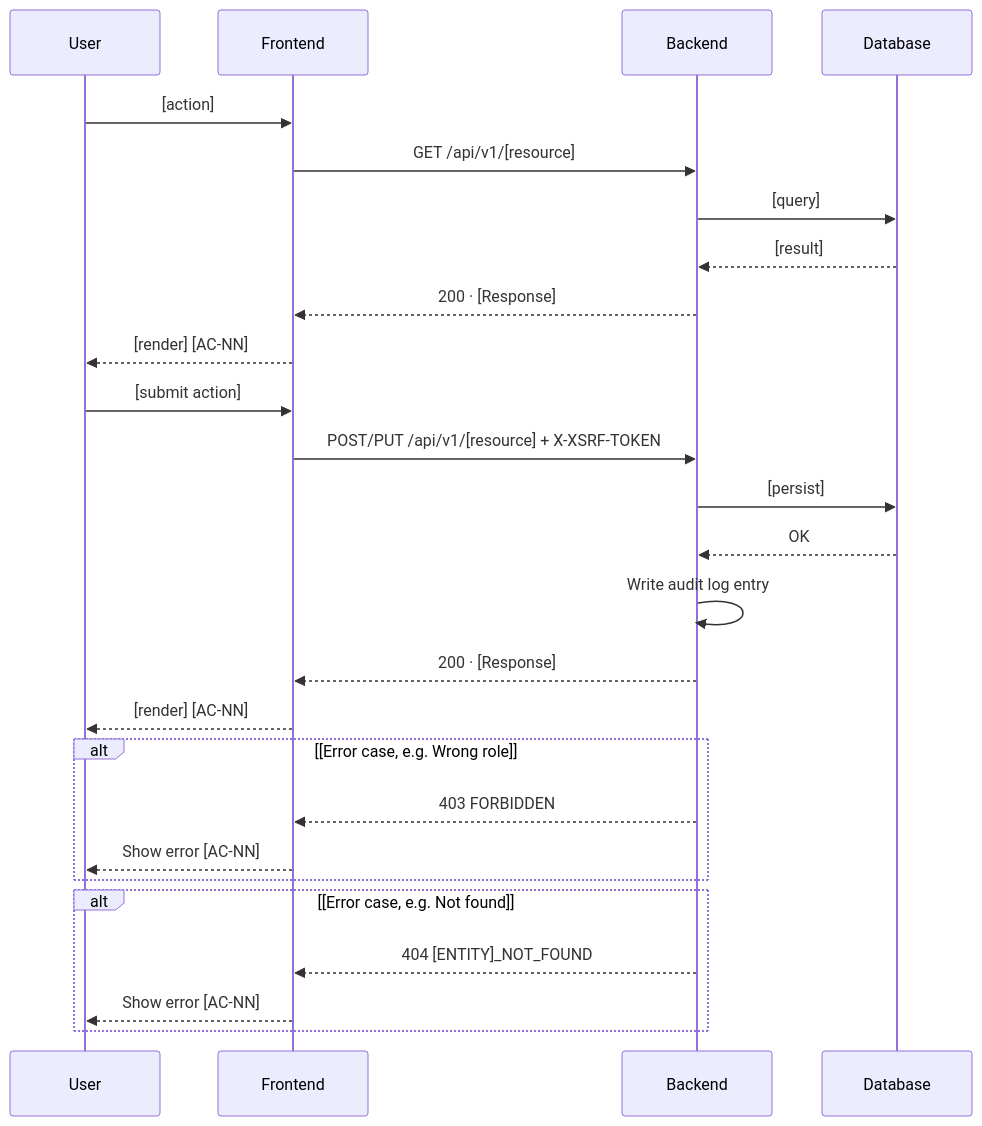
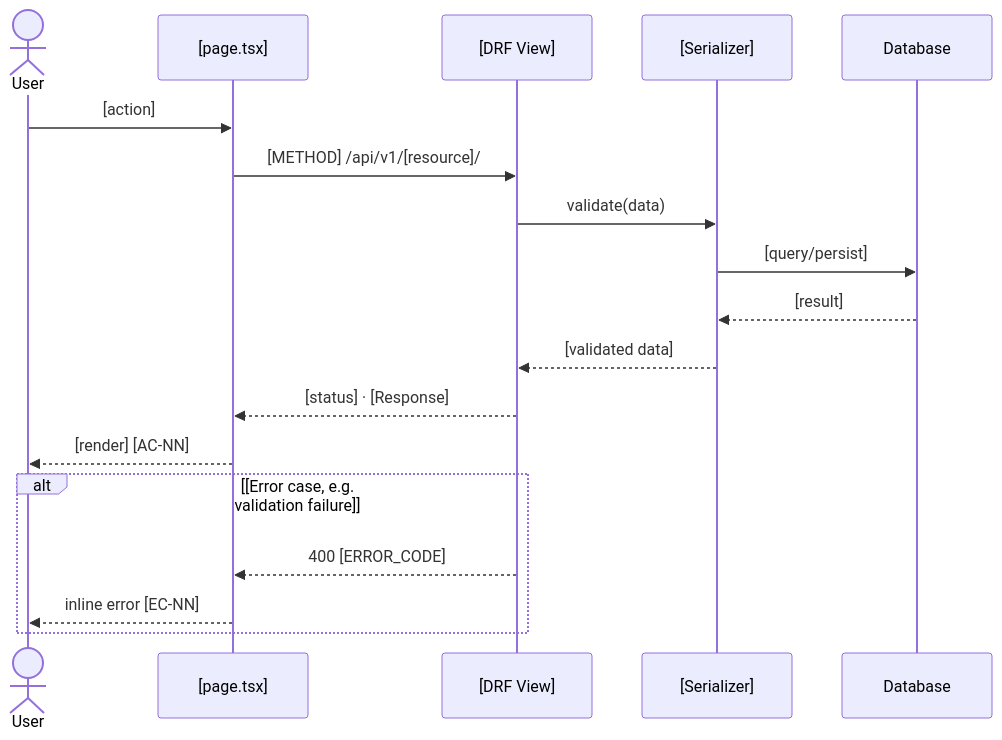
Before and after one commit to homertruong66/pfm: the diagram in .specify/templates/plan-template.md, drawn with Mermaid. The commit also changed other lines of this file and 14 other files, not shown here.

````diff
--- a/.specify/templates/plan-template.md
+++ b/.specify/templates/plan-template.md
@@ -111,32 +108,22 @@
 ```mermaid
 sequenceDiagram
-    participant U as User
-    participant FE as Frontend
-    participant BE as Backend
+    actor User
+    participant FE as [page.tsx]
+    participant View as [DRF View]
+    participant Ser as [Serializer]
     participant DB as Database
 
-    U->>FE: [action]
-    FE->>BE: GET /api/v1/[resource]
-    BE->>DB: [query]
-    DB-->>BE: [result]
-    BE-->>FE: 200 · [Response]
-    FE-->>U: [render] [AC-NN]
+    User->>FE: [action]
+    FE->>View: [METHOD] /api/v1/[resource]/
+    View->>Ser: validate(data)
+    Ser->>DB: [query/persist]
+    DB-->>Ser: [result]
+    Ser-->>View: [validated data]
+    View-->>FE: [status] · [Response]
+    FE-->>User: [render] [AC-NN]
 
-    U->>FE: [submit action]
-    FE->>BE: POST/PUT /api/v1/[resource] + X-XSRF-TOKEN
-    BE->>DB: [persist]
-    DB-->>BE: OK
-    BE->>BE: Write audit log entry
-    BE-->>FE: 200 · [Response]
-    FE-->>U: [render] [AC-NN]
-
-    alt [Error case, e.g. Wrong role]
-        BE-->>FE: 403 FORBIDDEN
-        FE-->>U: Show error [AC-NN]
-    end
-
-    alt [Error case, e.g. Not found]
-        BE-->>FE: 404 [ENTITY]_NOT_FOUND
-        FE-->>U: Show error [AC-NN]
+    alt [Error case, e.g. validation failure]
+        View-->>FE: 400 [ERROR_CODE]
+        FE-->>User: inline error [EC-NN]
     end
 ```
````
